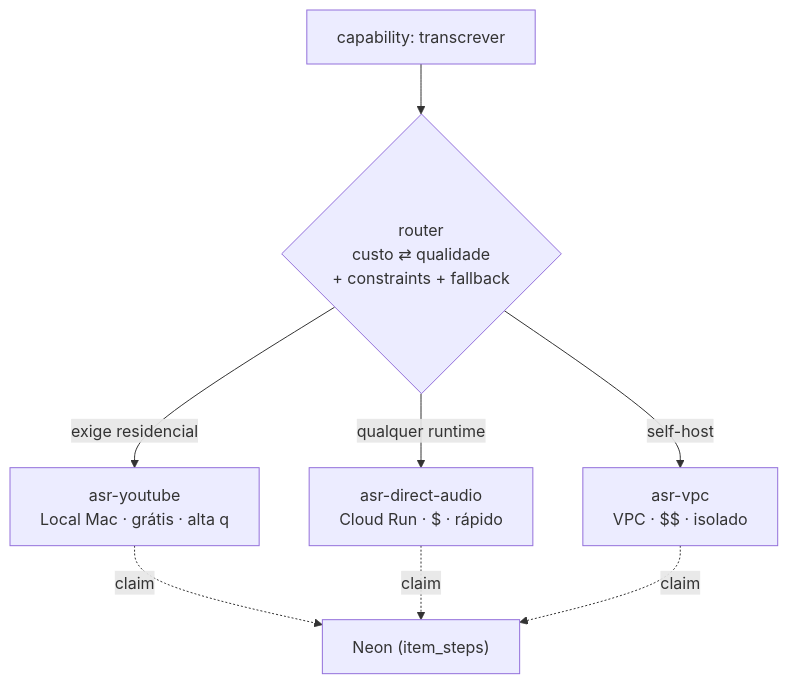
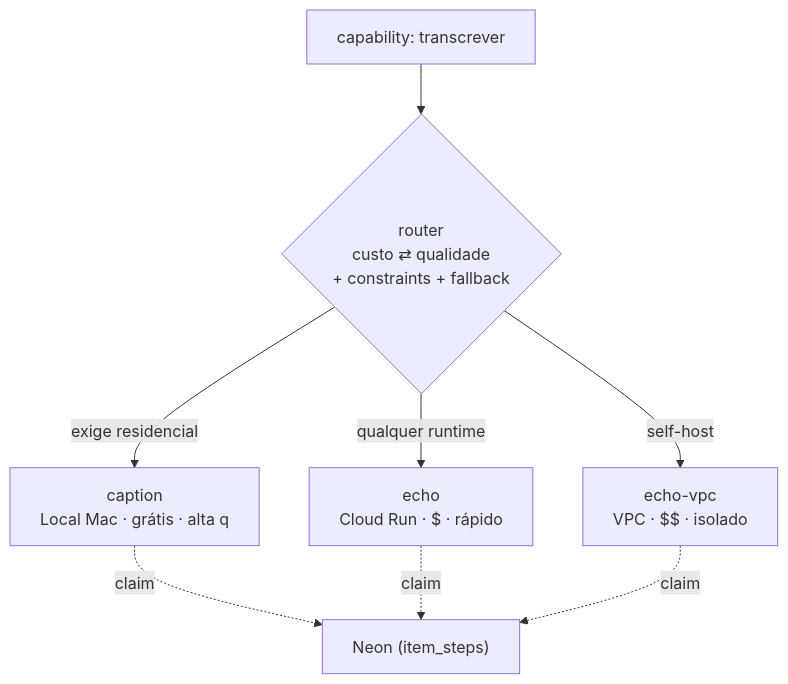
The eighth of 8 diagrams in FLOWS.mermaid.md (renatobardi/rara), drawn with Mermaid before and after one commit. The commit also changed other lines of this file and 22 other files, not shown here.

````diff
--- a/FLOWS.mermaid.md
+++ b/FLOWS.mermaid.md
@@ -163,10 +163,10 @@
 ```mermaid
 flowchart TD
   CAP["capability: transcrever"] --> ROUTER{"router<br/>custo ⇄ qualidade<br/>+ constraints + fallback"}
-  ROUTER -->|exige residencial| P1["asr-youtube<br/>Local Mac · grátis · alta q"]
-  ROUTER -->|qualquer runtime| P2["asr-direct-audio<br/>Cloud Run · $ · rápido"]
-  ROUTER -->|self-host| P3["asr-vpc<br/>VPC · $$ · isolado"]
+  ROUTER -->|exige residencial| P1["caption<br/>Local Mac · grátis · alta q"]
+  ROUTER -->|qualquer runtime| P2["echo<br/>Cloud Run · $ · rápido"]
+  ROUTER -->|self-host| P3["echo-vpc<br/>VPC · $$ · isolado"]
   P1 -.->|claim| N["Neon (item_steps)"]
   P2 -.->|claim| N
   P3 -.->|claim| N
 ```
````
